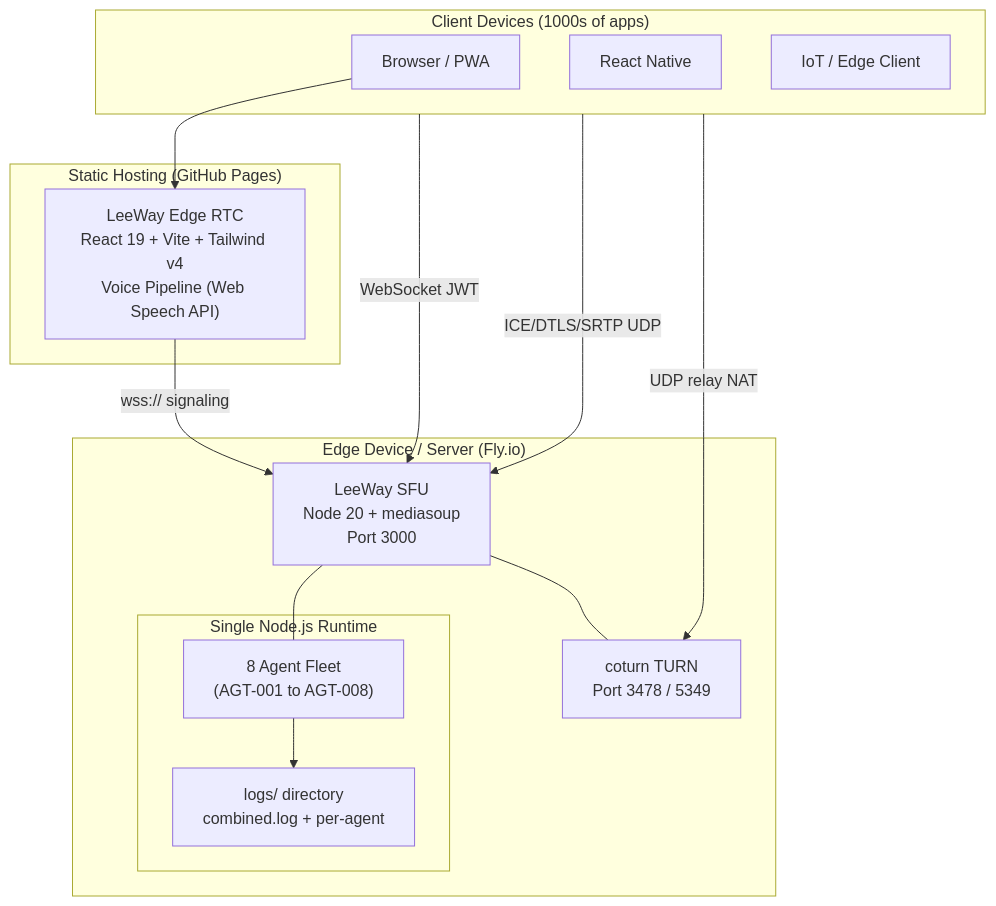
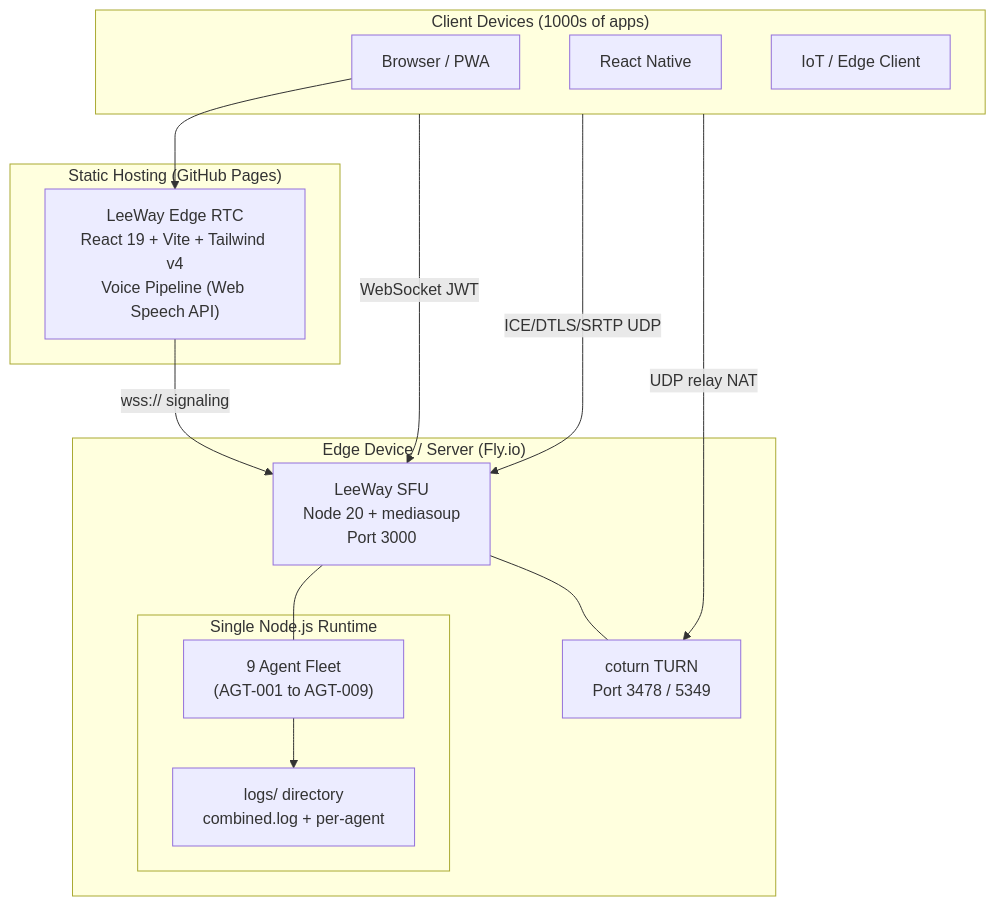
One commit to 4citeB4U/LeeWay-Edge-RTC changed the first of 4 diagrams in docs/system-overview.md. Above: the diagram before and after it, drawn with Mermaid. The commit also changed other lines of this file and 71 other files, not shown here.

````diff
--- a/docs/system-overview.md
+++ b/docs/system-overview.md
@@ -9,27 +9,27 @@
 ```mermaid
 graph TB
   subgraph Edge["Edge Device / Server (Fly.io)"]
     SFU["LeeWay SFU\nNode 20 + mediasoup\nPort 3000"]
     COTURN["coturn TURN\nPort 3478 / 5349"]
     subgraph RUNTIME["Single Node.js Runtime"]
-      AGENTS["8 Agent Fleet\n(AGT-001 to AGT-008)"]
+      AGENTS["9 Agent Fleet\n(AGT-001 to AGT-009)"]
       LOGS["logs/ directory\ncombined.log + per-agent"]
     end
     SFU --- AGENTS
     SFU --- COTURN
     AGENTS --> LOGS
   end
   subgraph Static["Static Hosting (GitHub Pages)"]
     UI["LeeWay Edge RTC\nReact 19 + Vite + Tailwind v4\nVoice Pipeline (Web Speech API)"]
   end
   subgraph Clients["Client Devices (1000s of apps)"]
     BROWSER["Browser / PWA"]
     MOBILE["React Native"]
     IOT["IoT / Edge Client"]
   end
   Clients -->|WebSocket JWT| SFU
   Clients -->|ICE/DTLS/SRTP UDP| SFU
   Clients -->|UDP relay NAT| COTURN
   BROWSER --> UI
   UI -->|wss:// signaling| SFU
 ```
````
